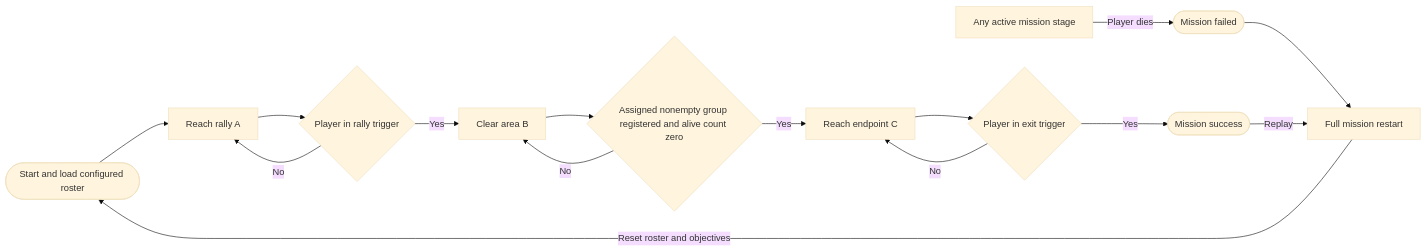
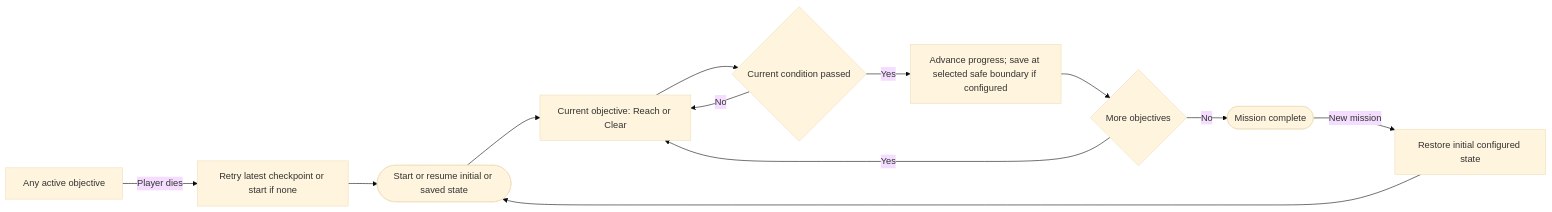
Before and after one commit to hzgyp/CS549-Paris-Street-Combat: the diagram in Docs/Proposal/Visuals/paris-mission-flowchart.mmd, drawn with Mermaid (base theme). The commit also changed 16 other files, not shown here.

```diff
--- a/Docs/Proposal/Visuals/paris-mission-flowchart.mmd
+++ b/Docs/Proposal/Visuals/paris-mission-flowchart.mmd
@@ -1,15 +1,12 @@
 flowchart LR
-    Start([Start and load configured roster]) --> A[Reach rally A]
-    A --> ACheck{Player in rally trigger}
-    ACheck -->|No| A
-    ACheck -->|Yes| B[Clear area B]
-    B --> BCheck{Assigned nonempty group registered and alive count zero}
-    BCheck -->|No| B
-    BCheck -->|Yes| C[Reach endpoint C]
-    C --> CCheck{Player in exit trigger}
-    CCheck -->|No| C
-    CCheck -->|Yes| Won([Mission success])
-    Active[Any active mission stage] -->|Player dies| Lost([Mission failed])
-    Lost --> Restart[Full mission restart]
-    Won -->|Replay| Restart
-    Restart -->|Reset roster and objectives| Start
+    Start([Start or resume initial or saved state]) --> Current[Current objective: Reach or Clear]
+    Current --> Check{Current condition passed}
+    Check -->|No| Current
+    Check -->|Yes| Progress[Advance progress; save at selected safe boundary if configured]
+    Progress --> More{More objectives}
+    More -->|Yes| Current
+    More -->|No| Success([Mission complete])
+    Active[Any active objective] -->|Player dies| Retry[Retry latest checkpoint or start if none]
+    Retry --> Start
+    Success -->|New mission| New[Restore initial configured state]
+    New --> Start
```
